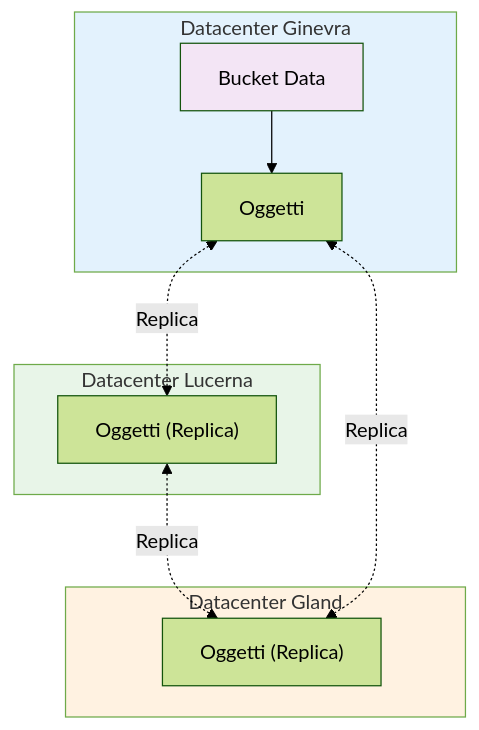
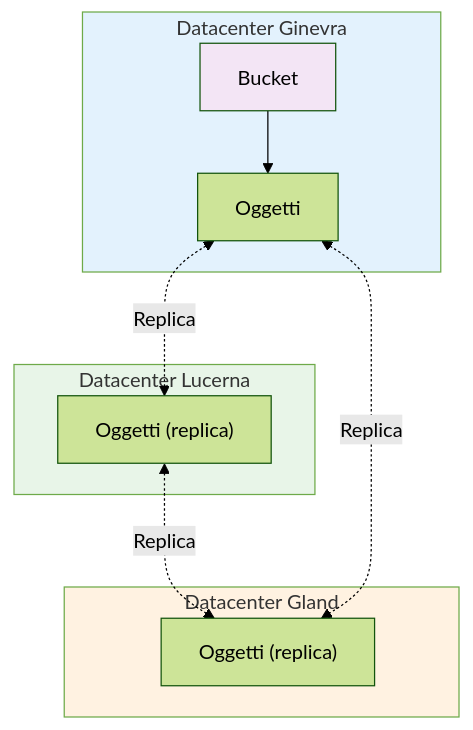
Before and after one commit to HidoraSwiss/hikube-public-doc: the diagram in i18n/it/docusaurus-plugin-content-docs/current/services/storage/buckets/overview.md, drawn with Mermaid (forest theme). The commit also changed other lines of this file and 148 other files, not shown here.

````diff
--- a/i18n/it/docusaurus-plugin-content-docs/current/services/storage/buckets/overview.md
+++ b/i18n/it/docusaurus-plugin-content-docs/current/services/storage/buckets/overview.md
@@ -36,25 +49,25 @@
 ```mermaid
 flowchart TD
     subgraph DC1["Datacenter Ginevra"]
-        B1["Bucket Data"]
+        B1["Bucket"]
         S1["Oggetti"]
     end
 
     subgraph DC2["Datacenter Lucerna"]
-        S2["Oggetti (Replica)"]
+        S2["Oggetti (replica)"]
     end
 
     subgraph DC3["Datacenter Gland"]
-        S3["Oggetti (Replica)"]
+        S3["Oggetti (replica)"]
     end
 
     B1 --> S1
     S1 <-.->|"Replica"| S2
     S2 <-.->|"Replica"| S3
     S1 <-.->|"Replica"| S3
 
     style DC1 fill:#e3f2fd
     style DC2 fill:#e8f5e8
     style DC3 fill:#fff2e1
     style B1 fill:#f3e5f5
 ```
````
